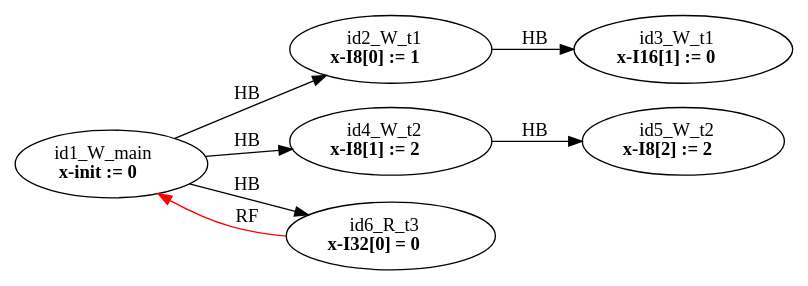
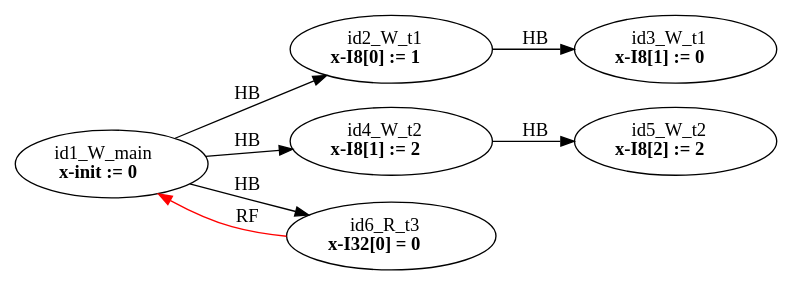
Before and after one commit to FMJS/EMME: the diagram in examples/single_var/param/sv_p_simple02/param02/mm1.dot, drawn with Graphviz. The commit also changed 221 other files, not shown here.

```diff
--- a/examples/single_var/param/sv_p_simple02/param02/mm1.dot
+++ b/examples/single_var/param/sv_p_simple02/param02/mm1.dot
@@ -1,16 +1,16 @@
 digraph memory_model {
 rankdir=LR;
 splines=true; esep=0.5;
 id2_W_t1 -> id3_W_t1 [label = "HB", color="black"];
 id4_W_t2 -> id5_W_t2 [label = "HB", color="black"];
 id1_W_main -> id2_W_t1 [label = "HB", color="black"];
 id1_W_main -> id4_W_t2 [label = "HB", color="black"];
 id1_W_main -> id6_R_t3 [label = "HB", color="black"];
 id6_R_t3 -> id1_W_main [label = "RF", color="red"];
 id1_W_main [label=<id1_W_main<br/><B>x-init := 0</B>>, pos="5.0,4!"]
 id2_W_t1 [label=<id2_W_t1<br/><B>x-I8[0] := 1</B>>, pos="0,2!"]
-id3_W_t1 [label=<id3_W_t1<br/><B>x-I16[1] := 0</B>>, pos="0,0!"]
+id3_W_t1 [label=<id3_W_t1<br/><B>x-I8[1] := 0</B>>, pos="0,0!"]
 id4_W_t2 [label=<id4_W_t2<br/><B>x-I8[1] := 2</B>>, pos="5,2!"]
 id5_W_t2 [label=<id5_W_t2<br/><B>x-I8[2] := 2</B>>, pos="5,0!"]
 id6_R_t3 [label=<id6_R_t3<br/><B>x-I32[0] = 0</B>>, pos="10,2!"]
 }
```
